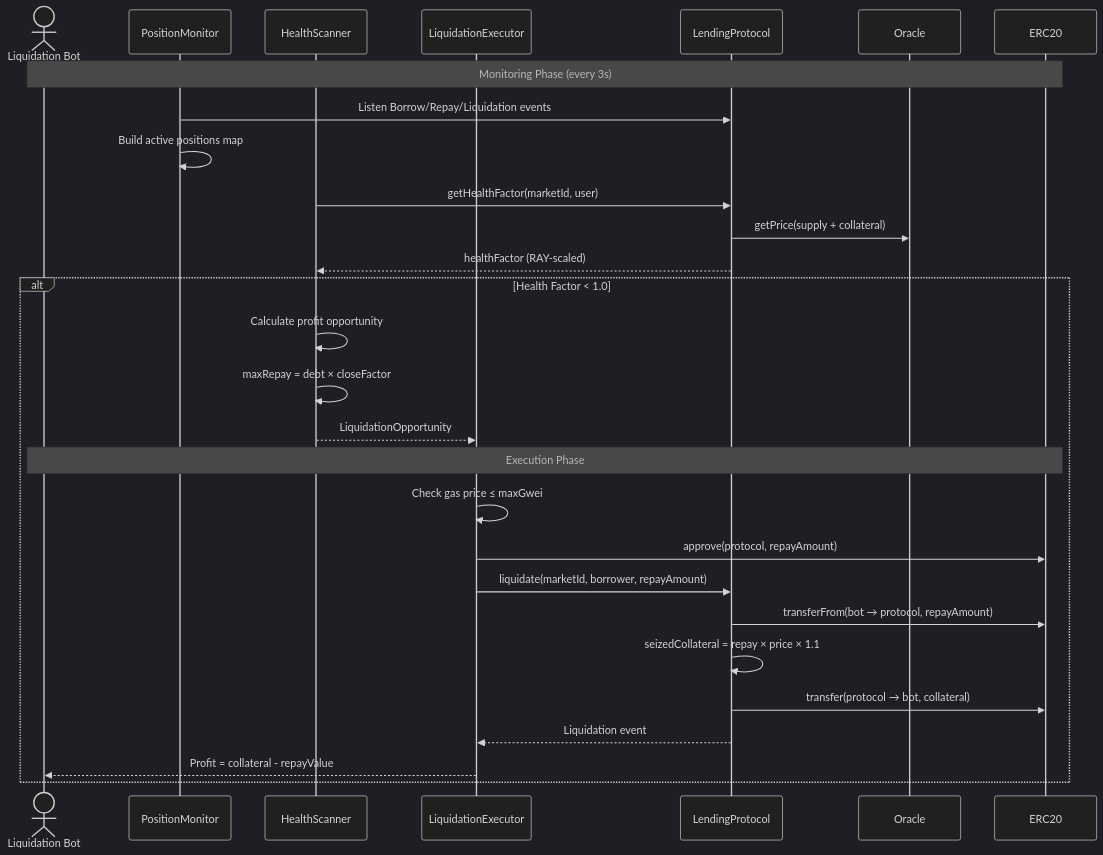
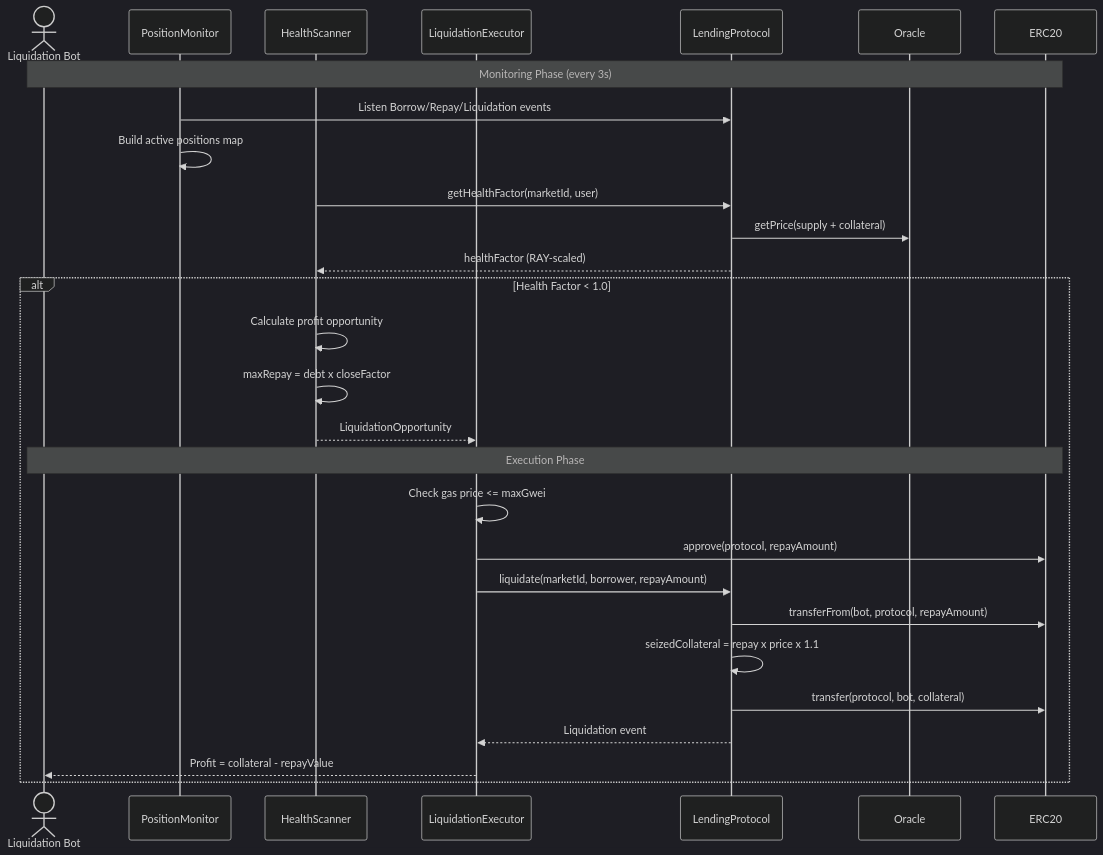
Before and after one commit to deepesh-sr/LendBNB: the sixth of 12 diagrams in README.md, drawn with Mermaid (dark theme). The commit also changed other lines of this file, not shown here.

````diff
--- a/README.md
+++ b/README.md
@@ -163,34 +338,34 @@
 ```mermaid
 sequenceDiagram
     actor Bot as Liquidation Bot
     participant Monitor as PositionMonitor
     participant Scanner as HealthScanner
     participant Executor as LiquidationExecutor
     participant Protocol as LendingProtocol
     participant Oracle
     participant Token as ERC20
 
     Note over Bot,Token: Monitoring Phase (every 3s)
     Monitor->>Protocol: Listen Borrow/Repay/Liquidation events
     Monitor->>Monitor: Build active positions map
 
     Scanner->>Protocol: getHealthFactor(marketId, user)
     Protocol->>Oracle: getPrice(supply + collateral)
     Protocol-->>Scanner: healthFactor (RAY-scaled)
 
     alt Health Factor < 1.0
         Scanner->>Scanner: Calculate profit opportunity
-        Scanner->>Scanner: maxRepay = debt × closeFactor
+        Scanner->>Scanner: maxRepay = debt x closeFactor
         Scanner-->>Executor: LiquidationOpportunity
 
         Note over Bot,Token: Execution Phase
-        Executor->>Executor: Check gas price ≤ maxGwei
+        Executor->>Executor: Check gas price <= maxGwei
         Executor->>Token: approve(protocol, repayAmount)
         Executor->>Protocol: liquidate(marketId, borrower, repayAmount)
-        Protocol->>Token: transferFrom(bot → protocol, repayAmount)
-        Protocol->>Protocol: seizedCollateral = repay × price × 1.1
-        Protocol->>Token: transfer(protocol → bot, collateral)
+        Protocol->>Token: transferFrom(bot, protocol, repayAmount)
+        Protocol->>Protocol: seizedCollateral = repay x price x 1.1
+        Protocol->>Token: transfer(protocol, bot, collateral)
         Protocol-->>Executor: Liquidation event
         Executor-->>Bot: Profit = collateral - repayValue
     end
 ```
````
